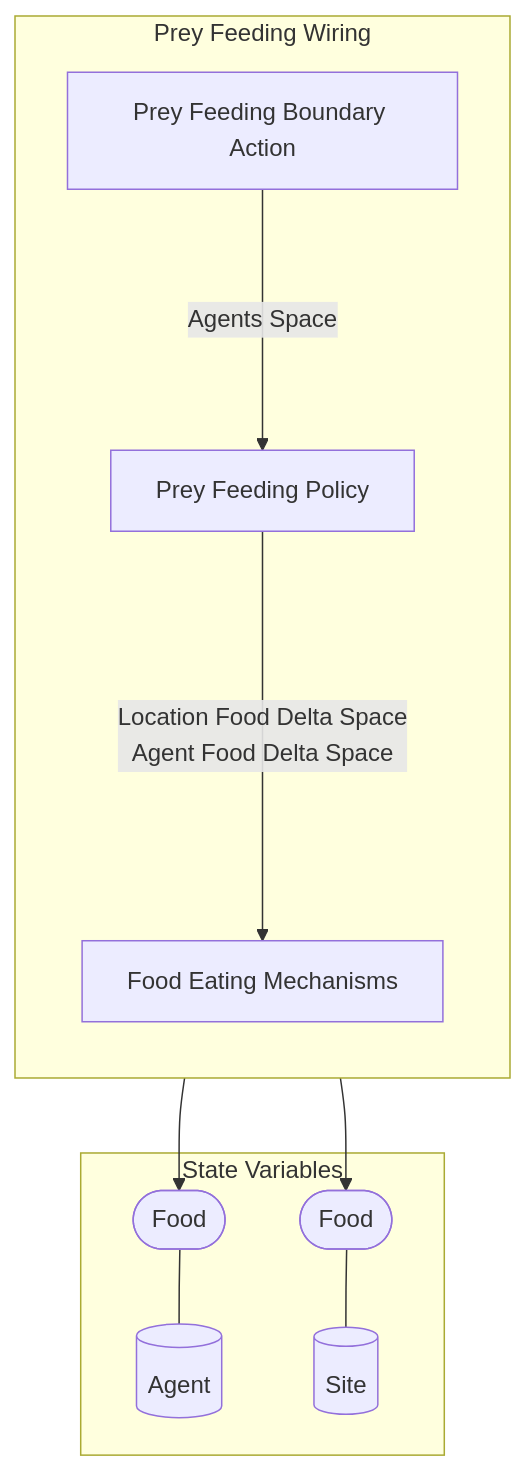
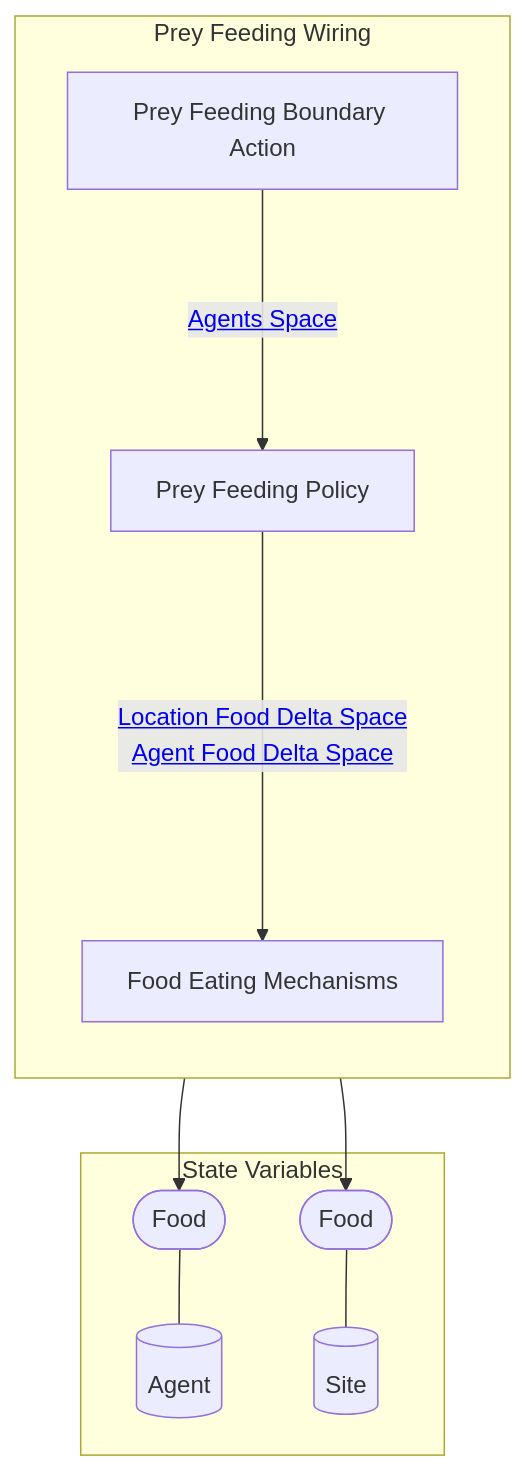
One commit to BlockScience/Predator-Prey-MSML changed the first of 2 diagrams in reports/obsidian/Wiring/Prey Feeding Wiring.md. Above: the diagram before and after it, drawn with Mermaid. The commit also changed other lines of this file and 48 other files, not shown here.

````diff
--- a/reports/obsidian/Wiring/Prey Feeding Wiring.md
+++ b/reports/obsidian/Wiring/Prey Feeding Wiring.md
@@ -4,30 +4,30 @@
 ```mermaid
 graph TB
 
 subgraph SVS["State Variables"]
 EE0[("Agent")]
 EE1[("Site")]
 EES0(["Food"])
 EES0 --- EE0
 EES1(["Food"])
 EES1 --- EE1
 end
 
 subgraph X4["Prey Feeding Wiring"]
 direction TB
 X1["Prey Feeding Boundary Action"]
 X2["Prey Feeding Policy"]
 X3["Food Eating Mechanisms"]
+X3 --> EES1
 X3 --> EES0
-X3 --> EES1
-X1--"Agents Space"--->X2
-X2--"Location Food Delta Space
-Agent Food Delta Space"---->X3
+X1--"<a href='Agents Space' class=internal-link>Agents Space</a>"--->X2
+X2--"<a href='Location Food Delta Space' class=internal-link>Location Food Delta Space</a>
+<a href='Agent Food Delta Space' class=internal-link>Agent Food Delta Space</a>"---->X3
 end
 class X1 internal-link;
 class X2 internal-link;
 class X3 internal-link;
 class EE0 internal-link;
 class EE1 internal-link;
 
 ```
````
